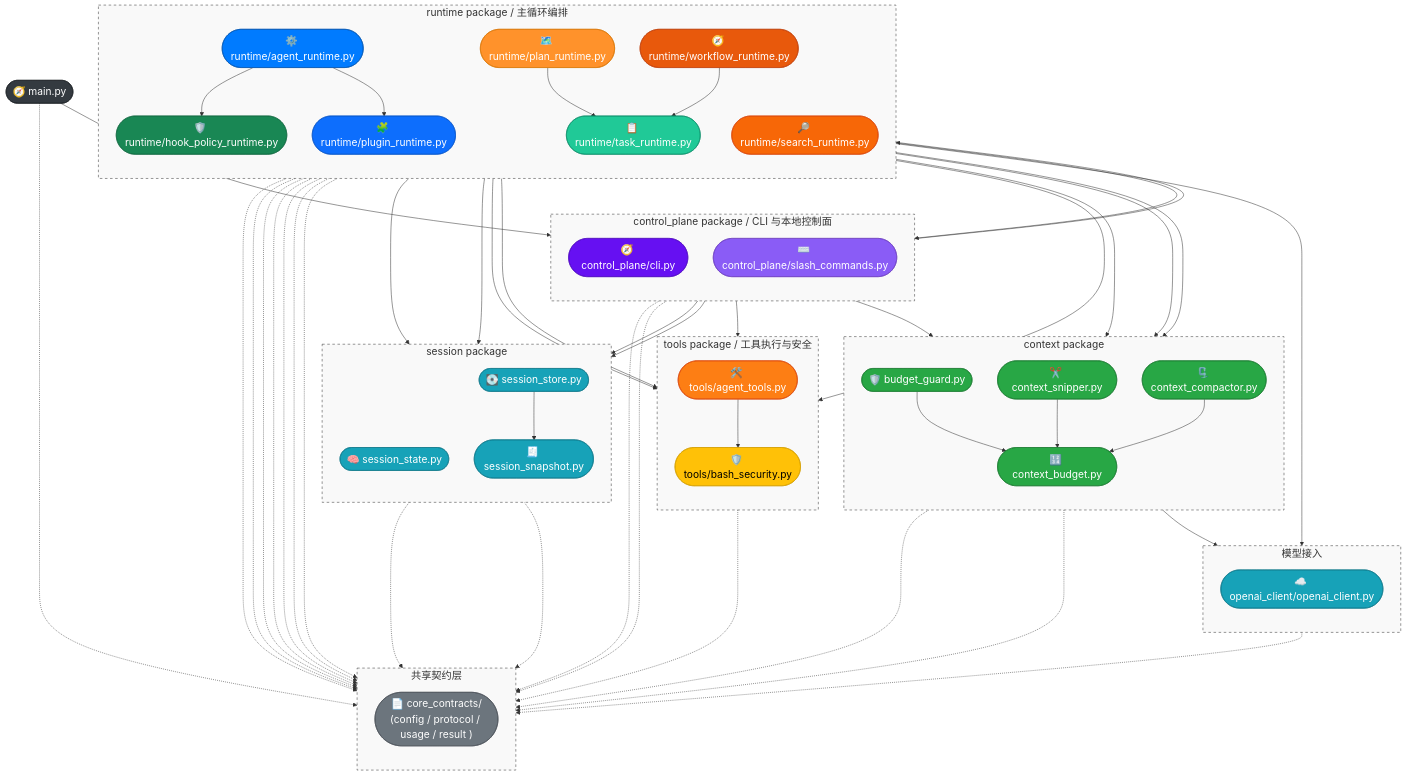
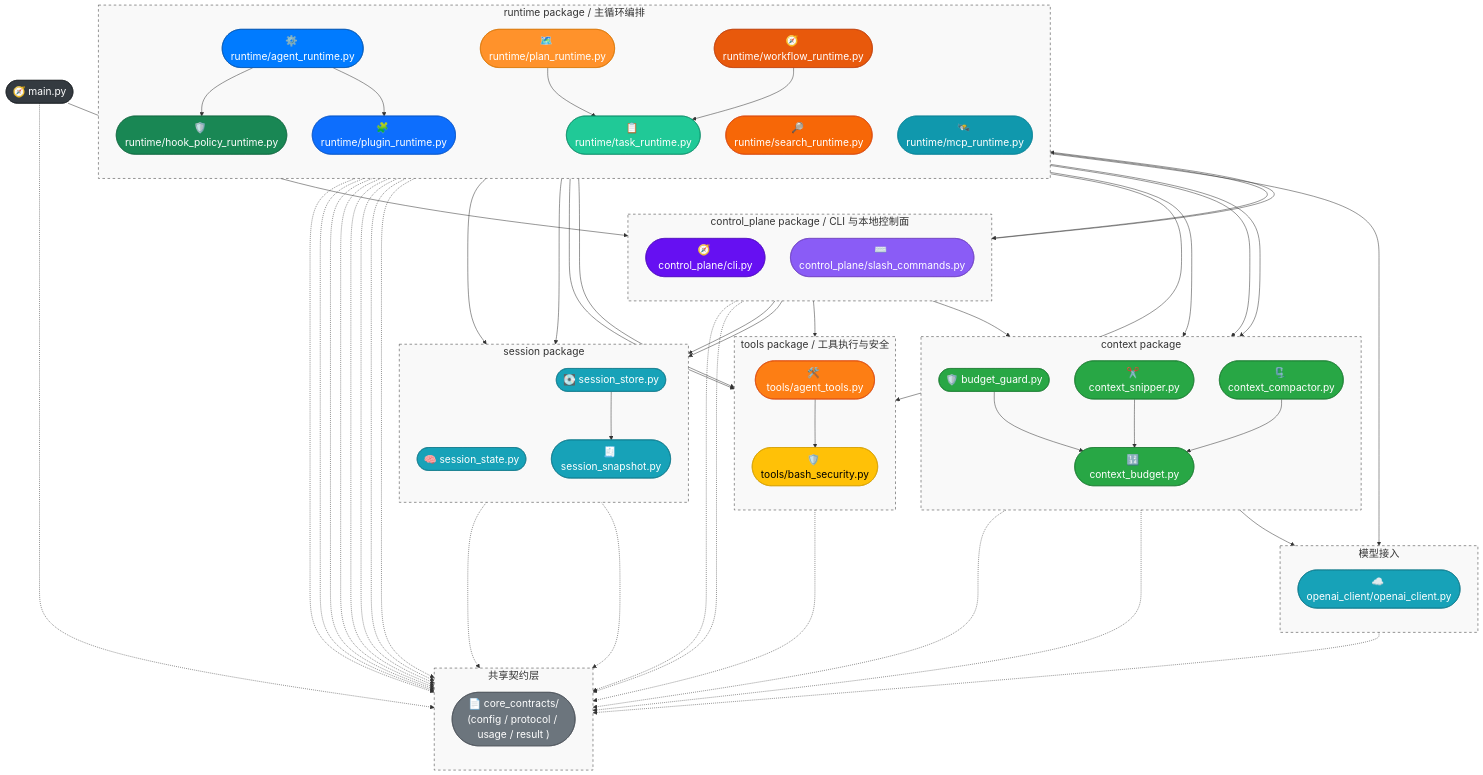
Before and after one commit to WenXingming/ClawCodeAgent: the diagram in docs/Architecture.md, drawn with Mermaid. The commit also changed other lines of this file and 4 other files, not shown here.

Commit message:
Feat: Implement MCP Runtime for resource and tool discovery with stdio transport

```diff
--- a/docs/Architecture.md
+++ b/docs/Architecture.md
@@ -49,6 +49,7 @@
         n_plan_runtime(["🗺️ runtime/plan_runtime.py"])
         n_workflow_runtime(["🧭 runtime/workflow_runtime.py"])
         n_search_runtime(["🔎 runtime/search_runtime.py"])
+        n_mcp_runtime(["🛰️ runtime/mcp_runtime.py"])
         n_runtime(["⚙️ runtime/agent_runtime.py"])
         style Runtime fill:#f9f9f9,stroke:#333,stroke-dasharray: 5 5
     end
@@ -143,6 +144,7 @@
     n_plan_runtime -.-> n_core_contracts
     n_workflow_runtime -.-> n_core_contracts
     n_search_runtime -.-> n_core_contracts
+    n_mcp_runtime -.-> n_core_contracts
     n_slash -.-> n_core_contracts
     n_tools -.-> n_core_contracts
     n_openai_client -.-> n_core_contracts
@@ -161,6 +163,7 @@
     style n_plan_runtime fill:#ff922b,color:#fff,stroke:#d97706
     style n_workflow_runtime fill:#e8590c,color:#fff,stroke:#c2410c
     style n_search_runtime fill:#f76707,color:#fff,stroke:#d9480f
+    style n_mcp_runtime fill:#1098ad,color:#fff,stroke:#0c8599
     style n_slash fill:#8a5cf6,color:#fff,stroke:#6f42c1
     style n_core_contracts fill:#6c757d,color:#fff,stroke:#495057
     style n_openai_client fill:#17a2b8,color:#fff,stroke:#117a8b
```
